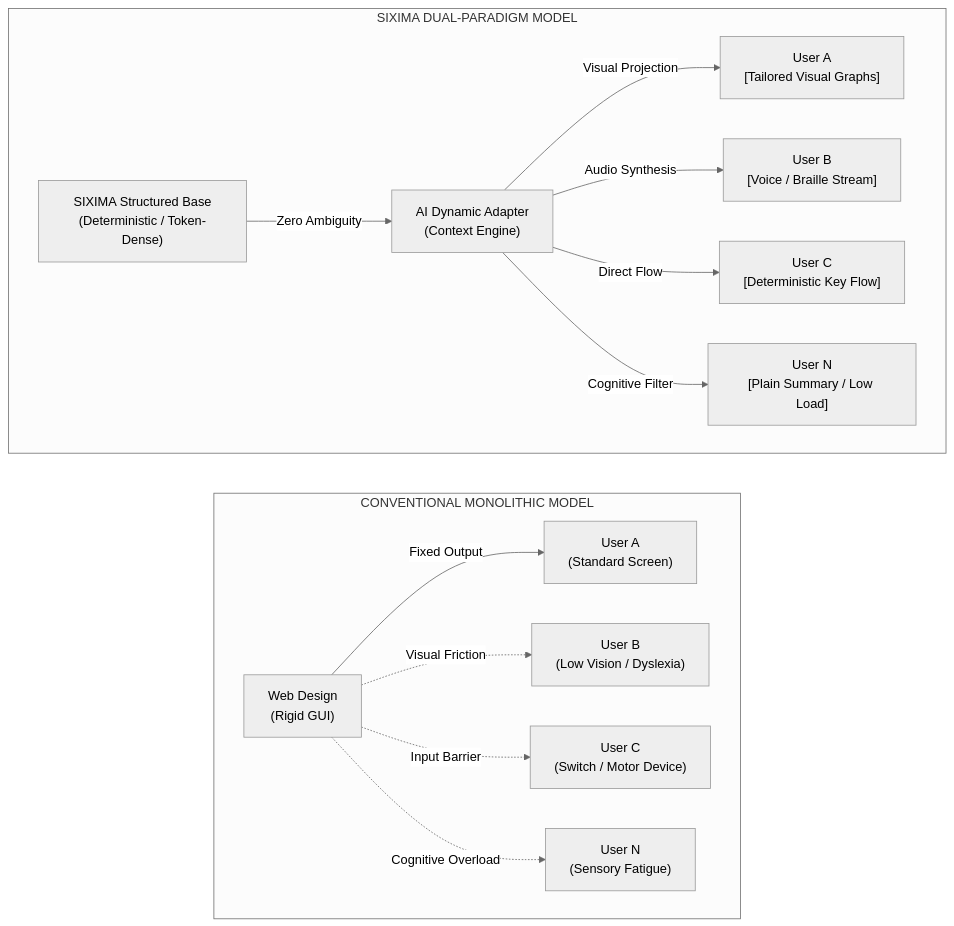
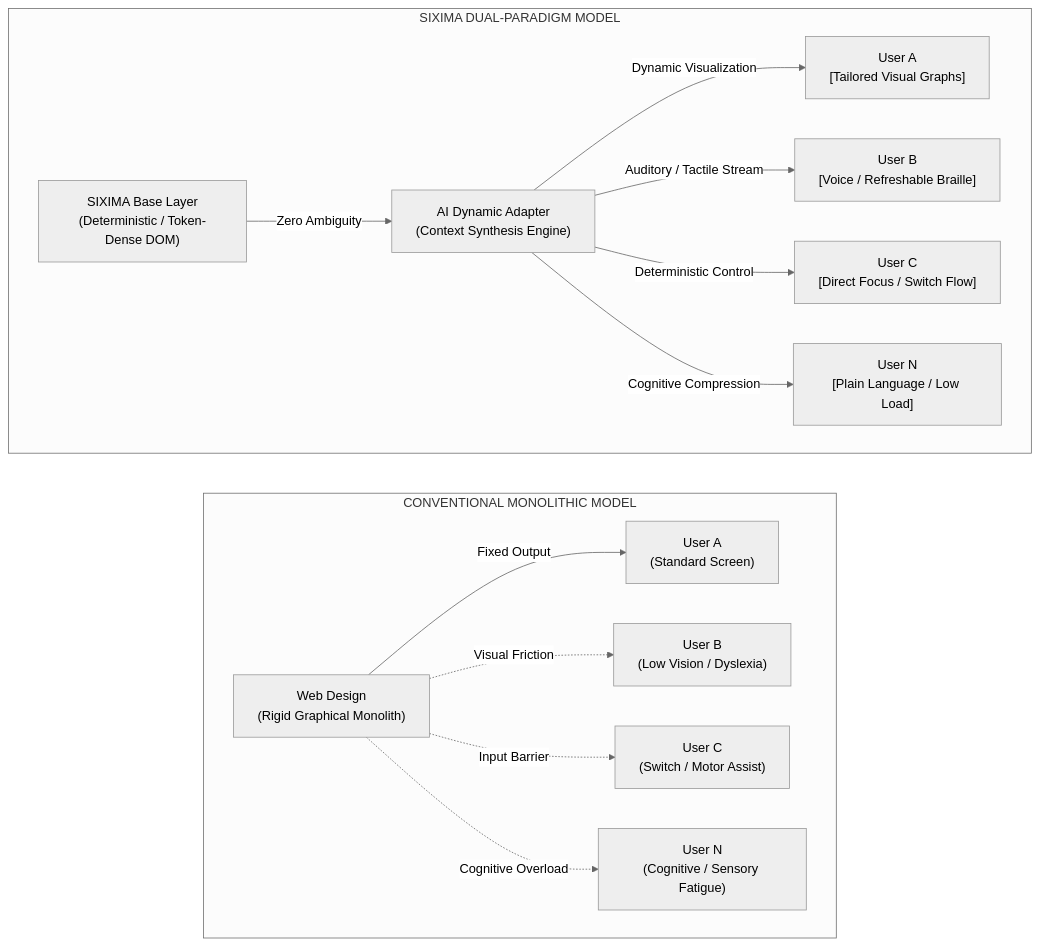
One commit to sixima-electric/sixima changed the first of 2 diagrams in README.md. Above: the diagram before and after it, drawn with Mermaid (neutral theme). The commit also changed other lines of this file, not shown here.

````diff
--- a/README.md
+++ b/README.md
@@ -28,32 +35,33 @@
 ```mermaid
 flowchart LR
     subgraph Conventional ["CONVENTIONAL MONOLITHIC MODEL"]
         direction LR
-        D["Web Design<br/>(Rigid GUI)"]
+        D["Web Design<br/>(Rigid Graphical Monolith)"]
         U1["User A<br/>(Standard Screen)"]
         U2["User B<br/>(Low Vision / Dyslexia)"]
-        U3["User C<br/>(Switch / Motor Device)"]
-        UN["User N<br/>(Sensory Fatigue)"]
+        U3["User C<br/>(Switch / Motor Assist)"]
+        UN["User N<br/>(Cognitive / Sensory Fatigue)"]
 
         D -->|Fixed Output| U1
         D -.->|Visual Friction| U2
         D -.->|Input Barrier| U3
         D -.->|Cognitive Overload| UN
     end
 
     subgraph Sixima ["SIXIMA DUAL-PARADIGM MODEL"]
         direction LR
-        B["SIXIMA Structured Base<br/>(Deterministic / Token-Dense)"]
-        AI["AI Dynamic Adapter<br/>(Context Engine)"]
+        B["SIXIMA Base Layer<br/>(Deterministic / Token-Dense DOM)"]
+        AI["AI Dynamic Adapter<br/>(Context Synthesis Engine)"]
         SU1["User A<br/>[Tailored Visual Graphs]"]
-        SU2["User B<br/>[Voice / Braille Stream]"]
-        SU3["User C<br/>[Deterministic Key Flow]"]
-        SUN["User N<br/>[Plain Summary / Low Load]"]
+        SU2["User B<br/>[Voice / Refreshable Braille]"]
+        SU3["User C<br/>[Direct Focus / Switch Flow]"]
+        SUN["User N<br/>[Plain Language / Low Load]"]
 
         B -->|Zero Ambiguity| AI
-        AI -->|Visual Projection| SU1
-        AI -->|Audio Synthesis| SU2
-        AI -->|Direct Flow| SU3
-        AI -->|Cognitive Filter| SUN
+        AI -->|Dynamic Visualization| SU1
+        AI -->|Auditory / Tactile Stream| SU2
+        AI -->|Deterministic Control| SU3
+        AI -->|Cognitive Compression| SUN
     end
+
 ```
````
